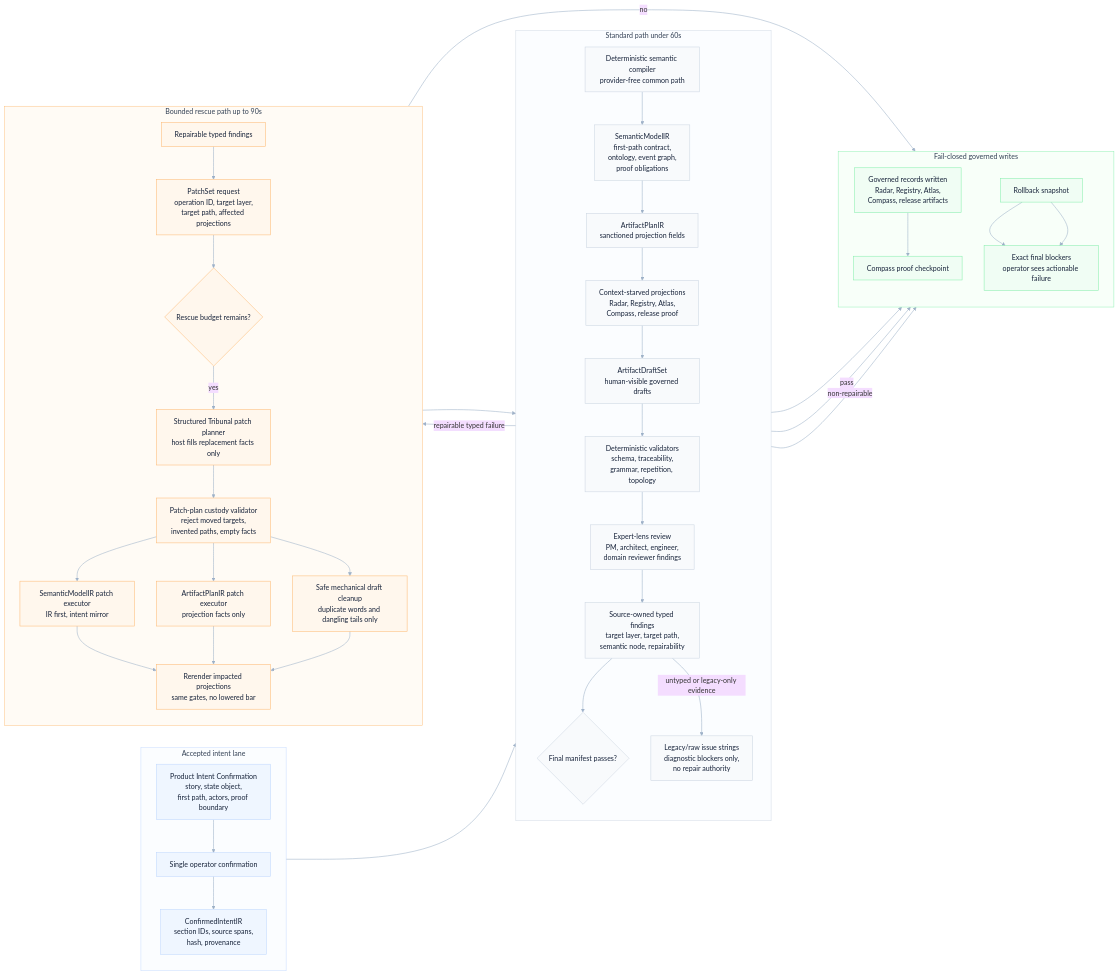
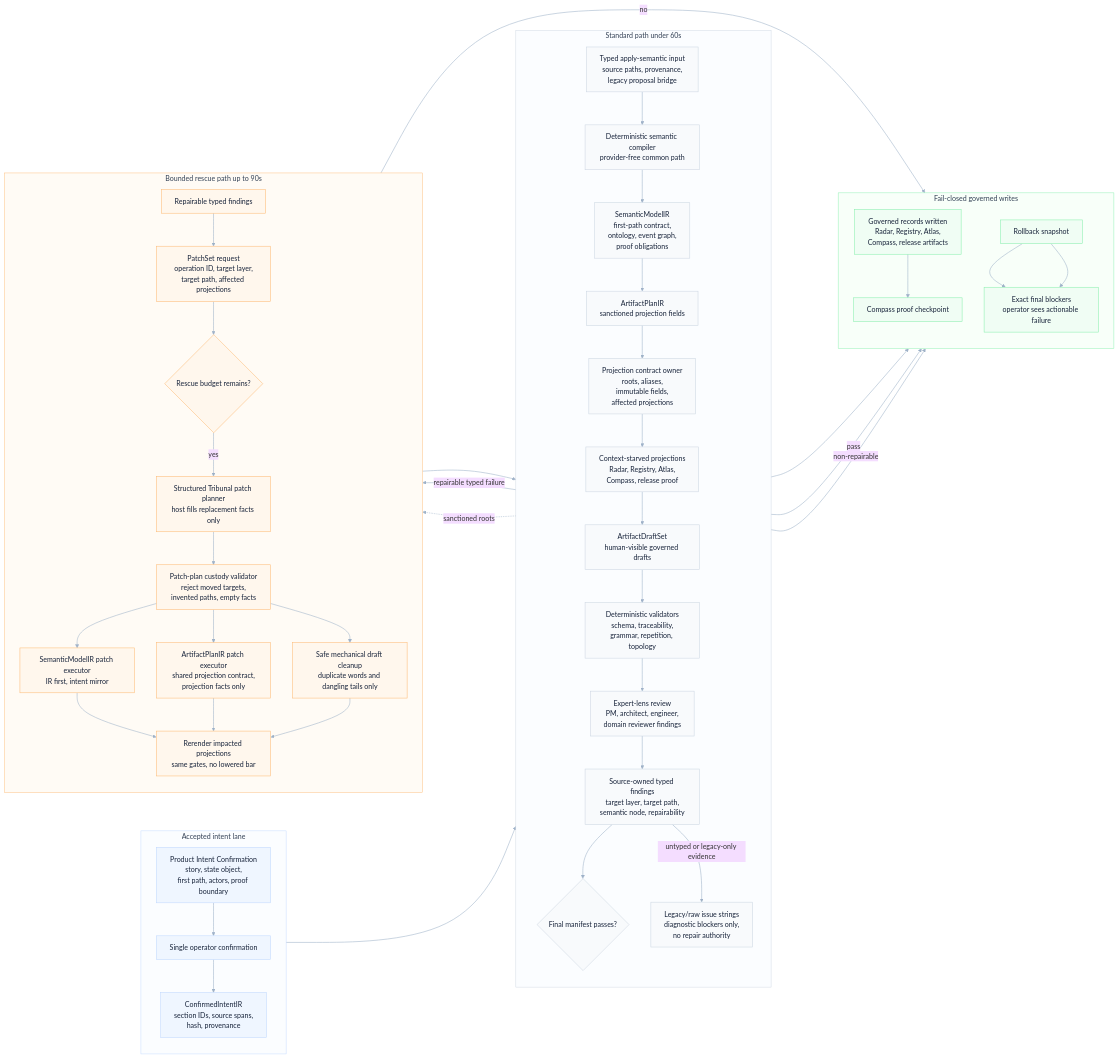
The diagram in odylith/atlas/source/domain-intelligence-greenfield-governance.mmd (odylith/odylith), drawn with Mermaid (base theme) before and after one commit. The commit also changed 44 other files, not shown here.

Commit message:
Centralize greenfield artifact plan projection custody

```diff
--- a/odylith/atlas/source/domain-intelligence-greenfield-governance.mmd
+++ b/odylith/atlas/source/domain-intelligence-greenfield-governance.mmd
@@ -1,75 +1,78 @@
 flowchart LR
     subgraph accepted_lane["Accepted intent lane"]
       direction TB
       visible_intent["Product Intent Confirmation<br/>story, state object,<br/>first path, actors, proof boundary"]
       confirm["Single operator confirmation"]
       confirmed_ir["ConfirmedIntentIR<br/>section IDs, source spans,<br/>hash, provenance"]
     end
 
     subgraph standard_lane["Standard path under 60s"]
       direction TB
+      apply_input["Typed apply-semantic input<br/>source paths, provenance,<br/>legacy proposal bridge"]
       compiler["Deterministic semantic compiler<br/>provider-free common path"]
       semantic_ir["SemanticModelIR<br/>first-path contract,<br/>ontology, event graph,<br/>proof obligations"]
       artifact_plan["ArtifactPlanIR<br/>sanctioned projection fields"]
+      projection_contract["Projection contract owner<br/>roots, aliases,<br/>immutable fields,<br/>affected projections"]
       projections["Context-starved projections<br/>Radar, Registry, Atlas,<br/>Compass, release proof"]
       draft_set["ArtifactDraftSet<br/>human-visible governed drafts"]
       validators["Deterministic validators<br/>schema, traceability,<br/>grammar, repetition, topology"]
       expert_lenses["Expert-lens review<br/>PM, architect, engineer,<br/>domain reviewer findings"]
       typed_findings["Source-owned typed findings<br/>target layer, target path,<br/>semantic node, repairability"]
       legacy_blockers["Legacy/raw issue strings<br/>diagnostic blockers only,<br/>no repair authority"]
       final_manifest{"Final manifest passes?"}
     end
 
     subgraph rescue_lane["Bounded rescue path up to 90s"]
       direction TB
       repairable["Repairable typed findings"]
       patchset["PatchSet request<br/>operation ID, target layer,<br/>target path, affected projections"]
       rescue_budget{"Rescue budget remains?"}
       tribunal_planner["Structured Tribunal patch planner<br/>host fills replacement facts only"]
       custody_check["Patch-plan custody validator<br/>reject moved targets,<br/>invented paths, empty facts"]
       semantic_apply["SemanticModelIR patch executor<br/>IR first, intent mirror"]
-      plan_apply["ArtifactPlanIR patch executor<br/>projection facts only"]
+      plan_apply["ArtifactPlanIR patch executor<br/>shared projection contract,<br/>projection facts only"]
       copy_repair["Safe mechanical draft cleanup<br/>duplicate words and dangling tails only"]
       rerender["Rerender impacted projections<br/>same gates, no lowered bar"]
     end
 
     subgraph write_lane["Fail-closed governed writes"]
       direction TB
       writes["Governed records written<br/>Radar, Registry, Atlas,<br/>Compass, release artifacts"]
       rollback["Rollback snapshot"]
       blockers["Exact final blockers<br/>operator sees actionable failure"]
       proof_log["Compass proof checkpoint"]
     end
 
     visible_intent --> confirm --> confirmed_ir
-    confirmed_ir --> compiler --> semantic_ir --> artifact_plan --> projections --> draft_set
+    confirmed_ir --> apply_input --> compiler --> semantic_ir --> artifact_plan --> projection_contract --> projections --> draft_set
     draft_set --> validators --> expert_lenses --> typed_findings --> final_manifest
     typed_findings -- "untyped or legacy-only evidence" --> legacy_blockers --> rollback
     final_manifest -- "pass" --> writes --> proof_log
     final_manifest -- "repairable typed failure" --> repairable --> patchset --> rescue_budget
     rescue_budget -- "yes" --> tribunal_planner --> custody_check
     custody_check --> semantic_apply
     custody_check --> plan_apply
     custody_check --> copy_repair
+    projection_contract -. "sanctioned roots" .-> plan_apply
     semantic_apply --> rerender
     plan_apply --> rerender
     copy_repair --> rerender
     rerender --> validators
     rescue_budget -- "no" --> rollback --> blockers
     final_manifest -- "non-repairable" --> rollback
     rollback --> blockers
 
     classDef intent fill:#EFF6FF,stroke:#BFD7FE,color:#17233A,stroke-width:1.2px;
     classDef standard fill:#F8FAFC,stroke:#CBD5E1,color:#17233A,stroke-width:1.2px;
     classDef rescue fill:#FFF7ED,stroke:#FDBA74,color:#17233A,stroke-width:1.2px;
     classDef write fill:#F0FDF4,stroke:#86EFAC,color:#17233A,stroke-width:1.2px;
     class visible_intent,confirm,confirmed_ir intent;
-    class compiler,semantic_ir,artifact_plan,projections,draft_set,validators,expert_lenses,typed_findings,legacy_blockers,final_manifest standard;
+    class apply_input,compiler,semantic_ir,artifact_plan,projection_contract,projections,draft_set,validators,expert_lenses,typed_findings,legacy_blockers,final_manifest standard;
     class repairable,patchset,rescue_budget,tribunal_planner,custody_check,semantic_apply,plan_apply,copy_repair,rerender rescue;
     class writes,rollback,blockers,proof_log write;
 
     style accepted_lane fill:#FBFDFF,stroke:#BFD7FE,stroke-width:1px,color:#334155
     style standard_lane fill:#FBFDFF,stroke:#CBD5E1,stroke-width:1px,color:#334155
     style rescue_lane fill:#FFFBF5,stroke:#FDBA74,stroke-width:1px,color:#334155
     style write_lane fill:#F8FFF9,stroke:#86EFAC,stroke-width:1px,color:#334155
     linkStyle default stroke:#9FB2C8,stroke-width:1.25px
```
